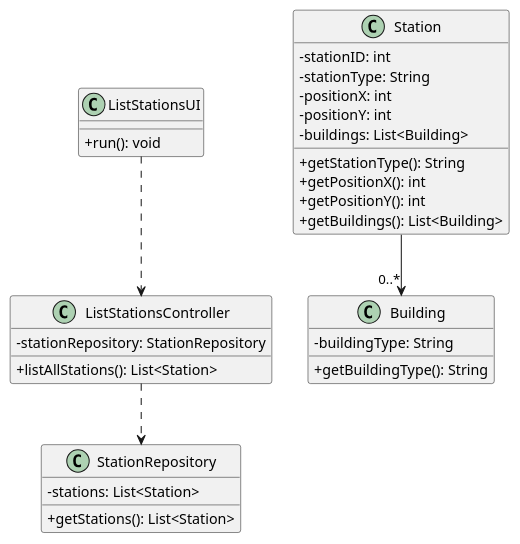
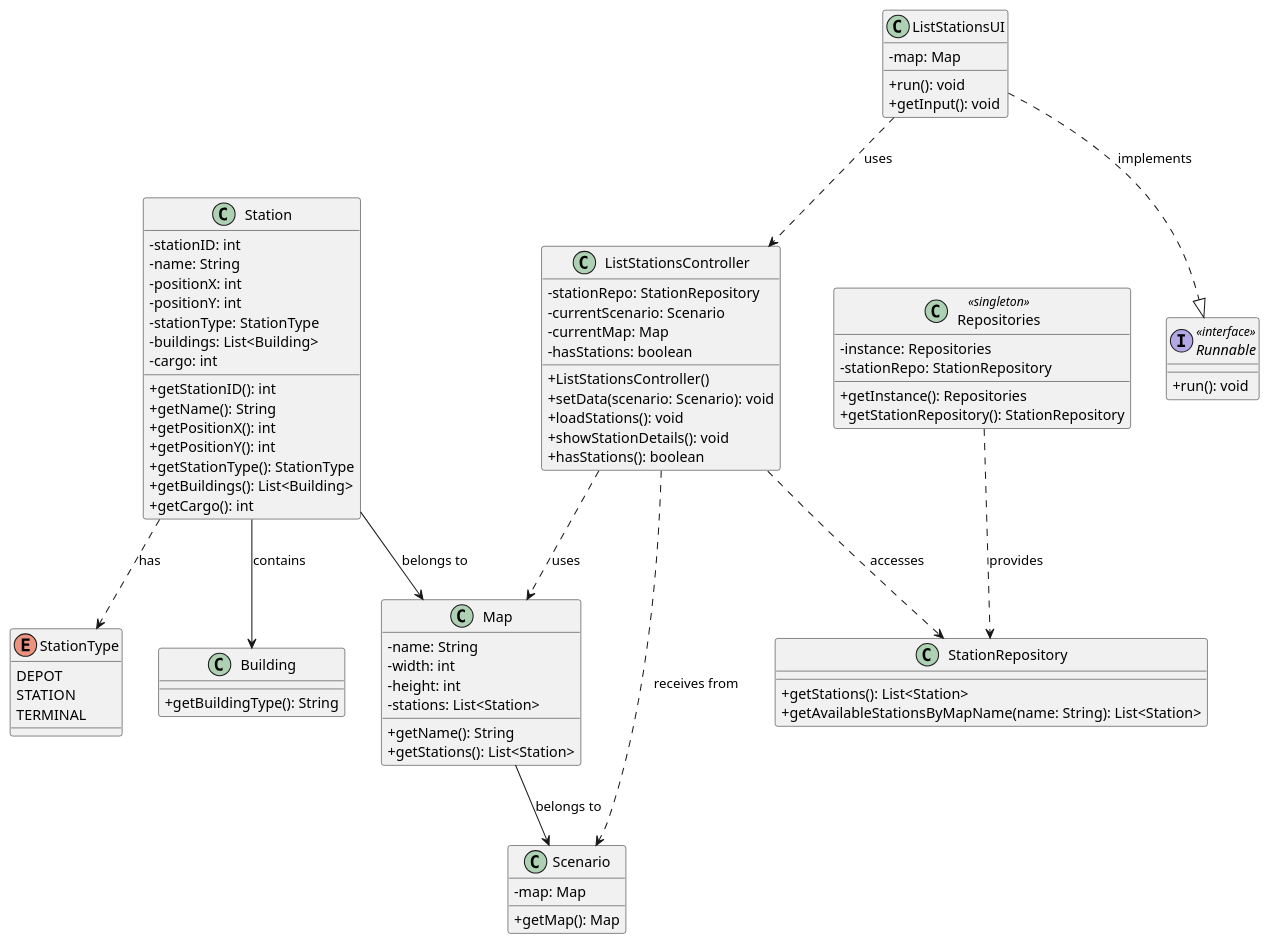
The diagram in docs/sprint3/us007/03.design/puml/us007-class-diagram.puml (ivasduarte/all-aboard), drawn with PlantUML before and after one commit. The commit also changed 22 other files, not shown here.

```diff
--- a/docs/sprint3/us007/03.design/puml/us007-class-diagram.puml
+++ b/docs/sprint3/us007/03.design/puml/us007-class-diagram.puml
@@ -1,41 +1,98 @@
 @startuml
 skinparam packageStyle rectangle
 skinparam shadowing false
-skinparam linetype polyline
 skinparam classAttributeIconSize 0
 
+class Station {
+  - stationID: int
+  - name: String
+  - positionX: int
+  - positionY: int
+  - stationType: StationType
+  - buildings: List<Building>
+  - cargo: int
+  + getStationID(): int
+  + getName(): String
+  + getPositionX(): int
+  + getPositionY(): int
+  + getStationType(): StationType
+  + getBuildings(): List<Building>
+  + getCargo(): int
+}
+
+enum StationType {
+  DEPOT
+  STATION
+  TERMINAL
+}
+
+class Building {
+  + getBuildingType(): String
+}
+
 class ListStationsUI {
-    + run(): void
+  - map: Map
+  + run(): void
+  + getInput(): void
 }
 
 class ListStationsController {
-    - stationRepository: StationRepository
-    + listAllStations(): List<Station>
+  - stationRepo: StationRepository
+  - currentScenario: Scenario
+  - currentMap: Map
+  - hasStations: boolean
+  + ListStationsController()
+  + setData(scenario: Scenario): void
+  + loadStations(): void
+  + showStationDetails(): void
+  + hasStations(): boolean
 }
 
 class StationRepository {
-    - stations: List<Station>
-    + getStations(): List<Station>
+  + getStations(): List<Station>
+  + getAvailableStationsByMapName(name: String): List<Station>
 }
 
-class Station {
-    - stationID: int
-    - stationType: String
-    - positionX: int
-    - positionY: int
-    - buildings: List<Building>
-    + getStationType(): String
-    + getPositionX(): int
-    + getPositionY(): int
-    + getBuildings(): List<Building>
+class Repositories <<singleton>> {
+  - instance: Repositories
+  - stationRepo: StationRepository
+  + getInstance(): Repositories
+  + getStationRepository(): StationRepository
 }
 
-class Building {
-    - buildingType: String
-    + getBuildingType(): String
+class Map {
+  - name: String
+  - width: int
+  - height: int
+  - stations: List<Station>
+  + getName(): String
+  + getStations(): List<Station>
 }
 
-ListStationsUI ..> ListStationsController
-ListStationsController ..> StationRepository
-Station --> "0..*" Building
+class Scenario {
+  - map: Map
+  + getMap(): Map
+}
+
+interface Runnable <<interface>> {
+  + run(): void
+}
+
+' Relationships with labels
+
+ListStationsUI ..|> Runnable : implements
+ListStationsUI ..> ListStationsController : uses
+
+ListStationsController ..> StationRepository : accesses
+ListStationsController ..> Scenario : receives from
+ListStationsController ..> Map : uses
+
+Repositories ..> StationRepository : provides
+
+Station --> Building : contains
+Station ..> StationType : has
+Station --> Map : belongs to
+
+Map --> Scenario : belongs to
+
 @enduml
```
